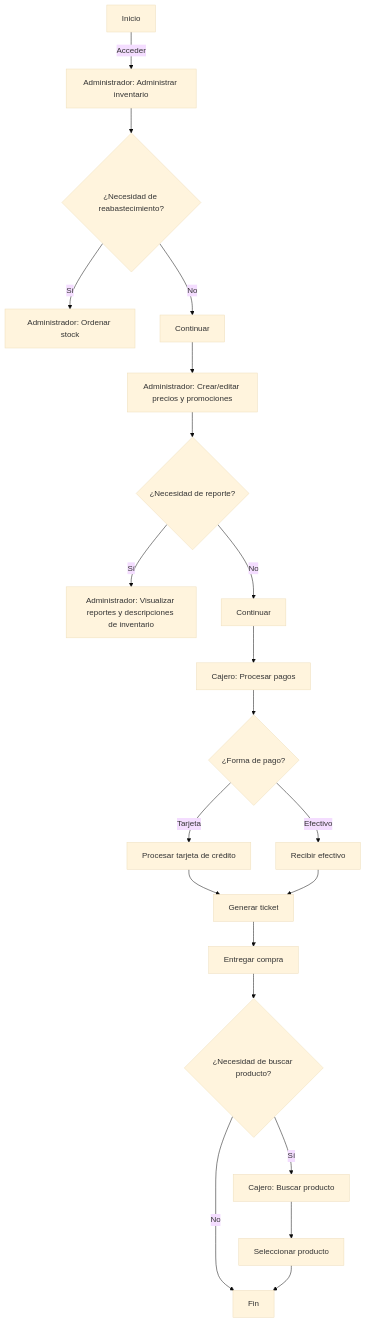
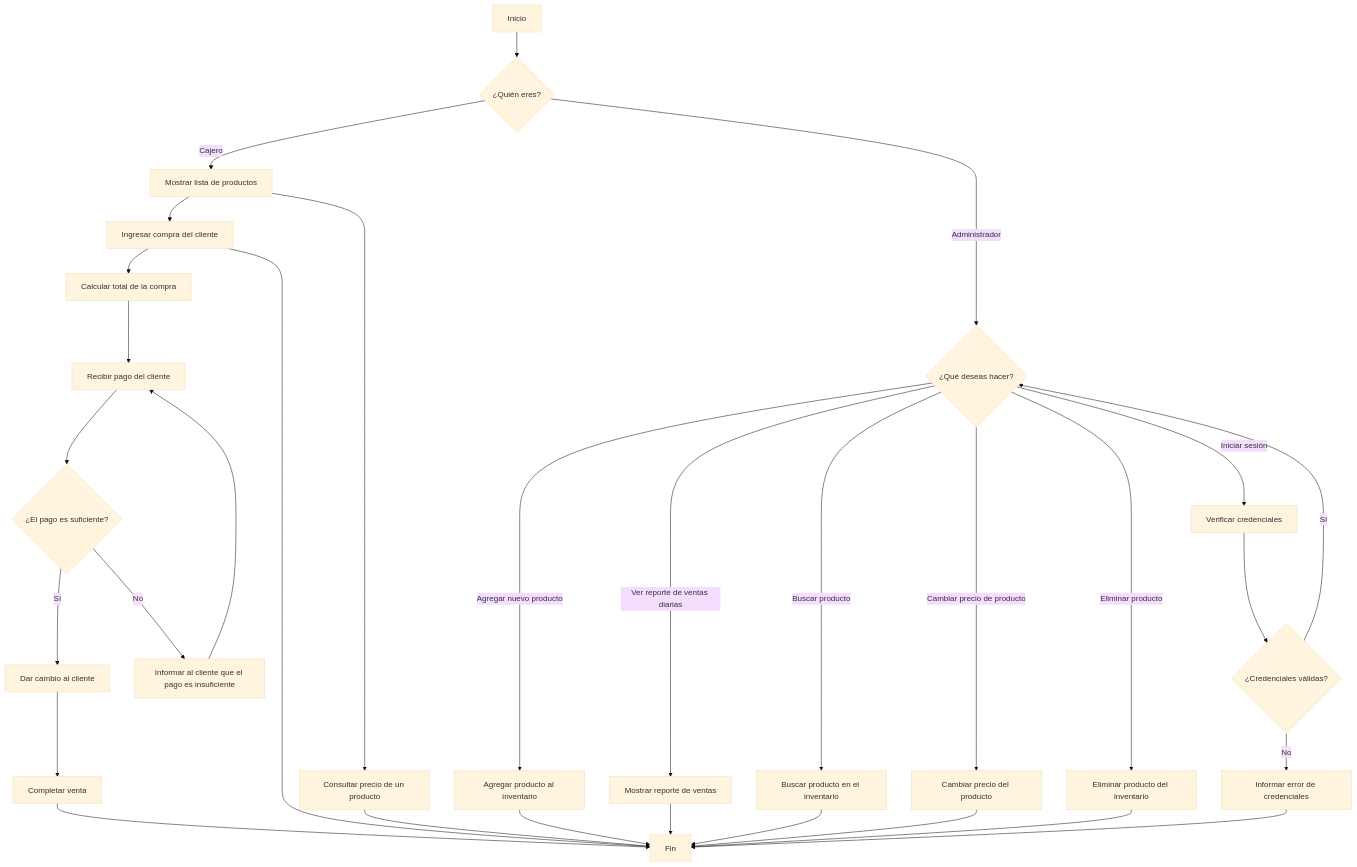
Before and after one commit to paoloVD21/taller: the diagram in diagram_flujo.mmd, drawn with Mermaid (base theme). The commit also changed 10 other files, not shown here.

Commit message:
Se agrego diagrama de secuencia y de estados

```diff
--- a/diagram_flujo.mmd
+++ b/diagram_flujo.mmd
@@ -1,21 +1,31 @@
 flowchart TD
-    A[Inicio] -->|Acceder| B[Administrador: Administrar inventario]
-    B --> C{¿Necesidad de reabastecimiento?}
-    C -->|Sí| D[Administrador: Ordenar stock]
-    C -->|No| E[Continuar]
-    E --> F[Administrador: Crear/editar precios y promociones]
-    F --> G{¿Necesidad de reporte?}
-    G -->|Sí| H[Administrador: Visualizar reportes y descripciones de inventario]
-    G -->|No| I[Continuar]
-    I --> J[Cajero: Procesar pagos]
-    J --> K{¿Forma de pago?}
-    K -->|Tarjeta| L[Procesar tarjeta de crédito]
-    K -->|Efectivo| M[Recibir efectivo]
-    L --> N[Generar ticket]
-    M --> N
-    N --> O[Entregar compra]
-    O --> P{¿Necesidad de buscar producto?}
-    P -->|Sí| Q[Cajero: Buscar producto]
-    P -->|No| R[Fin]
-    Q --> S[Seleccionar producto]
-    S --> R[Fin]
+    A[Inicio] --> B{¿Quién eres?}
+    B -->|Cajero| C[Mostrar lista de productos]
+    C --> D[Ingresar compra del cliente]
+    D --> E[Calcular total de la compra]
+    E --> F[Recibir pago del cliente]
+    F --> G{¿El pago es suficiente?}
+    G -->|Sí| H[Dar cambio al cliente]
+    G -->|No| I[Informar al cliente que el pago es insuficiente]
+    I --> F
+    H --> J[Completar venta]
+    J --> K[Fin]
+    B -->|Administrador| L{¿Qué deseas hacer?}
+    L -->|Agregar nuevo producto| M[Agregar producto al inventario]
+    L -->|Ver reporte de ventas diarias| N[Mostrar reporte de ventas]
+    L -->|Buscar producto| O[Buscar producto en el inventario]
+    L -->|Cambiar precio de producto| P[Cambiar precio del producto]
+    L -->|Eliminar producto| Q[Eliminar producto del inventario]
+    L -->|Iniciar sesión| R[Verificar credenciales]
+    R --> S{¿Credenciales válidas?}
+    S -->|Sí| L
+    S -->|No| T[Informar error de credenciales]
+    T --> K
+    M --> K
+    N --> K
+    O --> K
+    P --> K
+    Q --> K
+    C --> U[Consultar precio de un producto]
+    U --> K
+    D --> K
```
